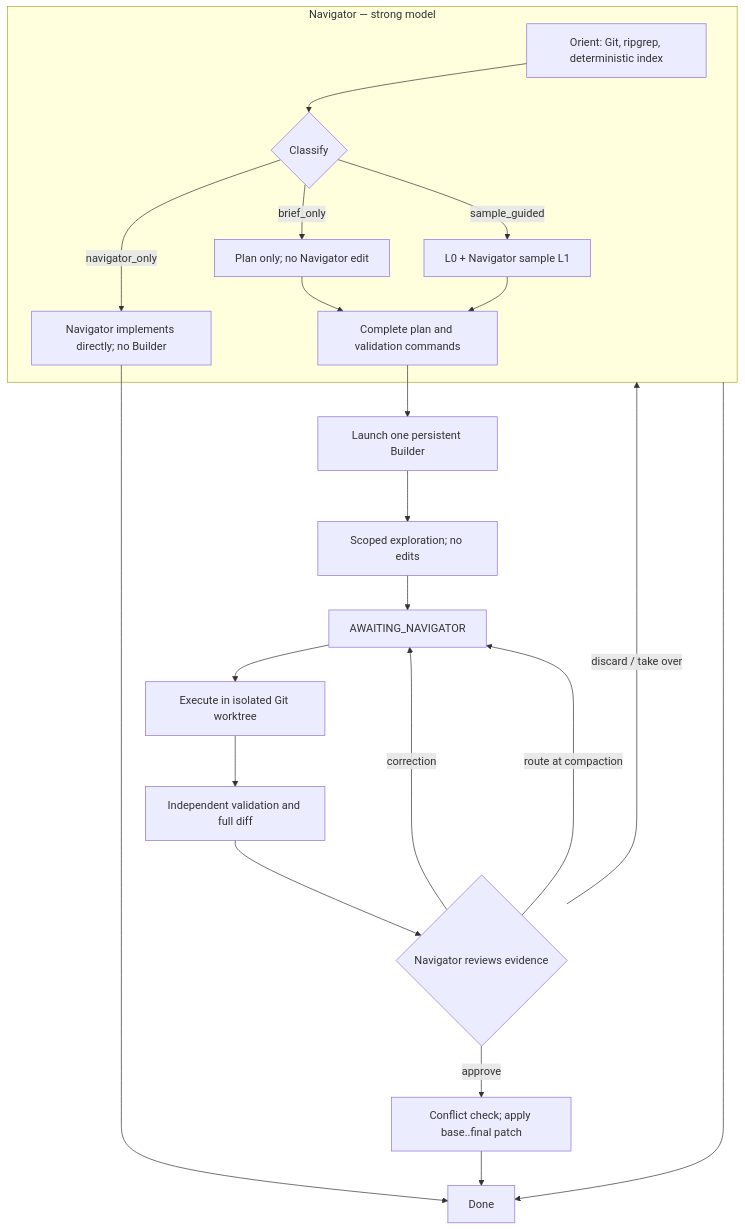
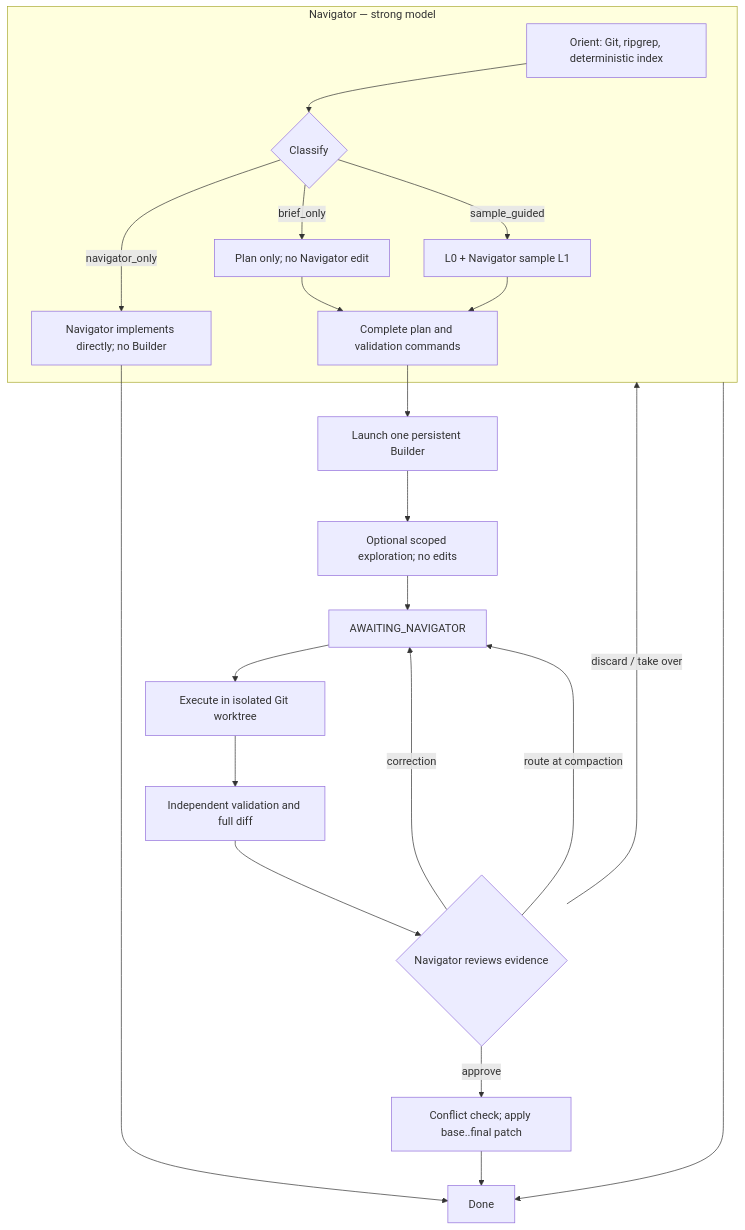
Before and after one commit to colinchen4/prewalk-skill: the first of 2 diagrams in README.md, drawn with Mermaid. The commit also changed other lines of this file and 4 other files, not shown here.

````diff
--- a/README.md
+++ b/README.md
@@ -18,25 +18,25 @@
 ```mermaid
 flowchart TD
     subgraph N["Navigator — strong model"]
         A["Orient: Git, ripgrep, deterministic index"] --> B{"Classify"}
         B -->|"brief_only"| C["Plan only; no Navigator edit"]
         B -->|"sample_guided"| D["L0 + Navigator sample L1"]
         B -->|"navigator_only"| E["Navigator implements directly; no Builder"]
         C --> F["Complete plan and validation commands"]
         D --> F
     end
 
     F --> G["Launch one persistent Builder"]
-    G --> H["Scoped exploration; no edits"]
+    G --> H["Optional scoped exploration; no edits"]
     H --> I["AWAITING_NAVIGATOR"]
     I --> J["Execute in isolated Git worktree"]
     J --> K["Independent validation and full diff"]
     K --> L{"Navigator reviews evidence"}
     L -->|"correction"| I
     L -->|"route at compaction"| I
     L -->|"approve"| M["Conflict check; apply base..final patch"]
     L -->|"discard / take over"| N["Preserve or explicitly discard worktree"]
     E --> O["Done"]
     M --> O
     N --> O
 ```
````
